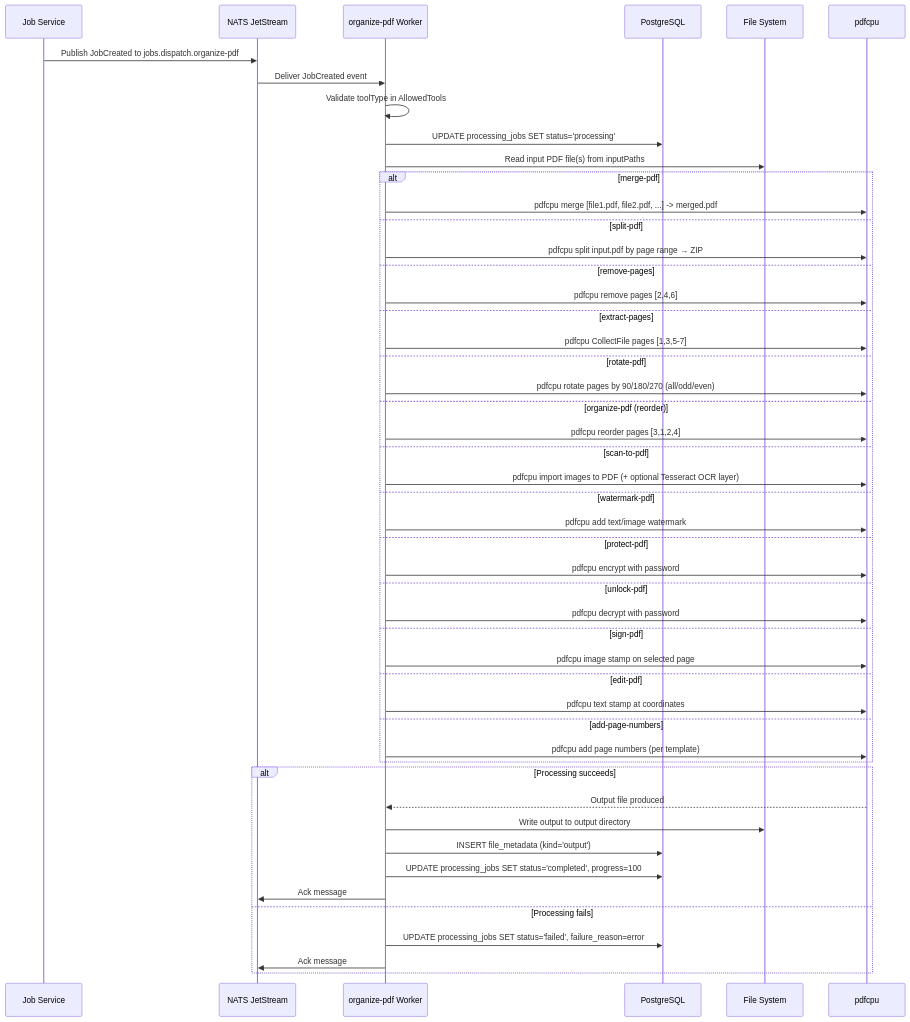
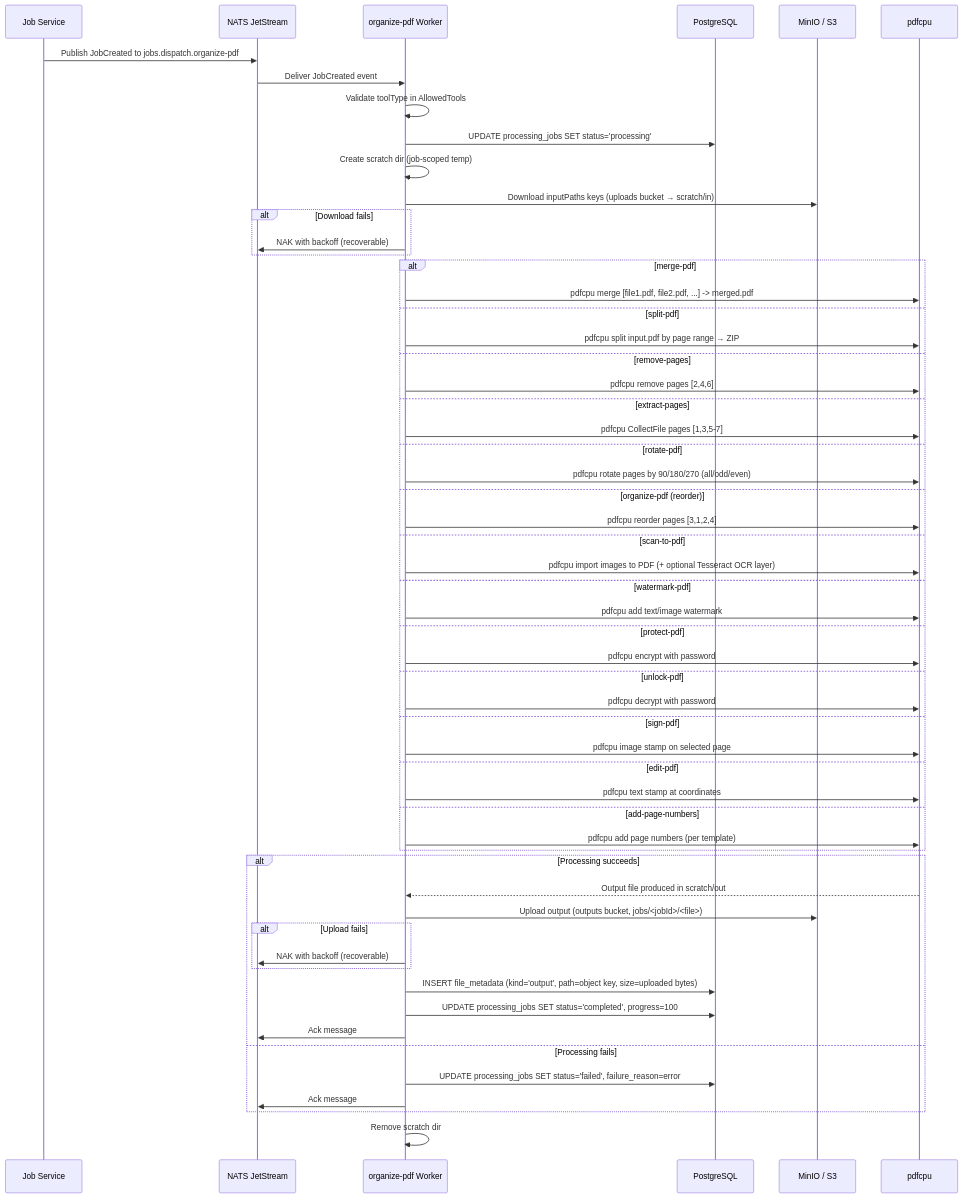
Before and after one commit to Prachidubey2003/fyredocs_backend: the first of 4 diagrams in docs/developer/services/ORGANIZE_PDF.md, drawn with Mermaid. The commit also changed other lines of this file and 84 other files, not shown here.

````diff
--- a/docs/developer/services/ORGANIZE_PDF.md
+++ b/docs/developer/services/ORGANIZE_PDF.md
@@ -552,56 +578,64 @@
 ```mermaid
 sequenceDiagram
     participant JS as Job Service
     participant NATS as NATS JetStream
     participant W as organize-pdf Worker
     participant DB as PostgreSQL
-    participant FS as File System
+    participant S3 as MinIO / S3
     participant PC as pdfcpu
 
     JS->>NATS: Publish JobCreated to jobs.dispatch.organize-pdf
     NATS->>W: Deliver JobCreated event
 
     W->>W: Validate toolType in AllowedTools
     W->>DB: UPDATE processing_jobs SET status='processing'
 
-    W->>FS: Read input PDF file(s) from inputPaths
+    W->>W: Create scratch dir (job-scoped temp)
+    W->>S3: Download inputPaths keys (uploads bucket → scratch/in)
+    alt Download fails
+        W->>NATS: NAK with backoff (recoverable)
+    end
 
     alt merge-pdf
         W->>PC: pdfcpu merge [file1.pdf, file2.pdf, ...] -> merged.pdf
     else split-pdf
         W->>PC: pdfcpu split input.pdf by page range → ZIP
     else remove-pages
         W->>PC: pdfcpu remove pages [2,4,6]
     else extract-pages
         W->>PC: pdfcpu CollectFile pages [1,3,5-7]
     else rotate-pdf
         W->>PC: pdfcpu rotate pages by 90/180/270 (all/odd/even)
     else organize-pdf (reorder)
         W->>PC: pdfcpu reorder pages [3,1,2,4]
     else scan-to-pdf
         W->>PC: pdfcpu import images to PDF (+ optional Tesseract OCR layer)
     else watermark-pdf
         W->>PC: pdfcpu add text/image watermark
     else protect-pdf
         W->>PC: pdfcpu encrypt with password
     else unlock-pdf
         W->>PC: pdfcpu decrypt with password
     else sign-pdf
         W->>PC: pdfcpu image stamp on selected page
     else edit-pdf
         W->>PC: pdfcpu text stamp at coordinates
     else add-page-numbers
         W->>PC: pdfcpu add page numbers (per template)
     end
 
     alt Processing succeeds
-        PC-->>W: Output file produced
-        W->>FS: Write output to output directory
-        W->>DB: INSERT file_metadata (kind='output')
+        PC-->>W: Output file produced in scratch/out
+        W->>S3: Upload output (outputs bucket, jobs/<jobId>/<file>)
+        alt Upload fails
+            W->>NATS: NAK with backoff (recoverable)
+        end
+        W->>DB: INSERT file_metadata (kind='output', path=object key, size=uploaded bytes)
         W->>DB: UPDATE processing_jobs SET status='completed', progress=100
         W->>NATS: Ack message
     else Processing fails
         W->>DB: UPDATE processing_jobs SET status='failed', failure_reason=error
         W->>NATS: Ack message
     end
+    W->>W: Remove scratch dir
 ```
````
